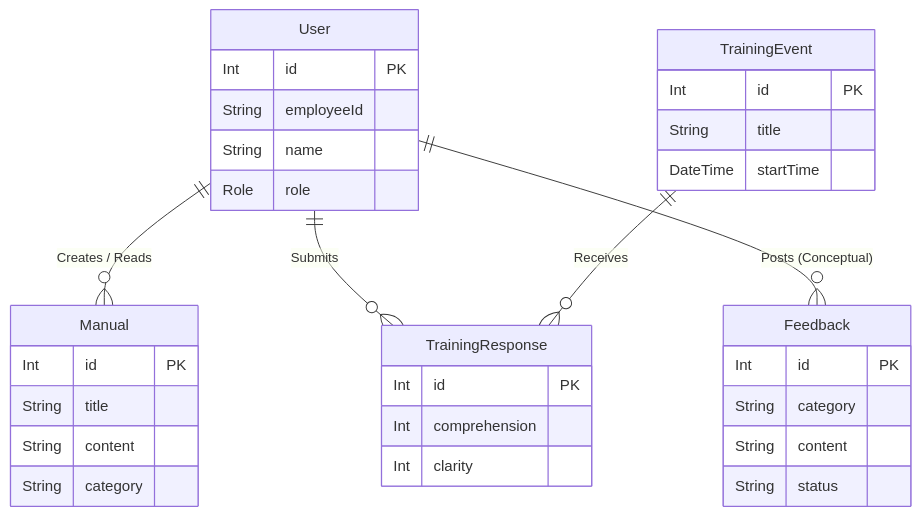
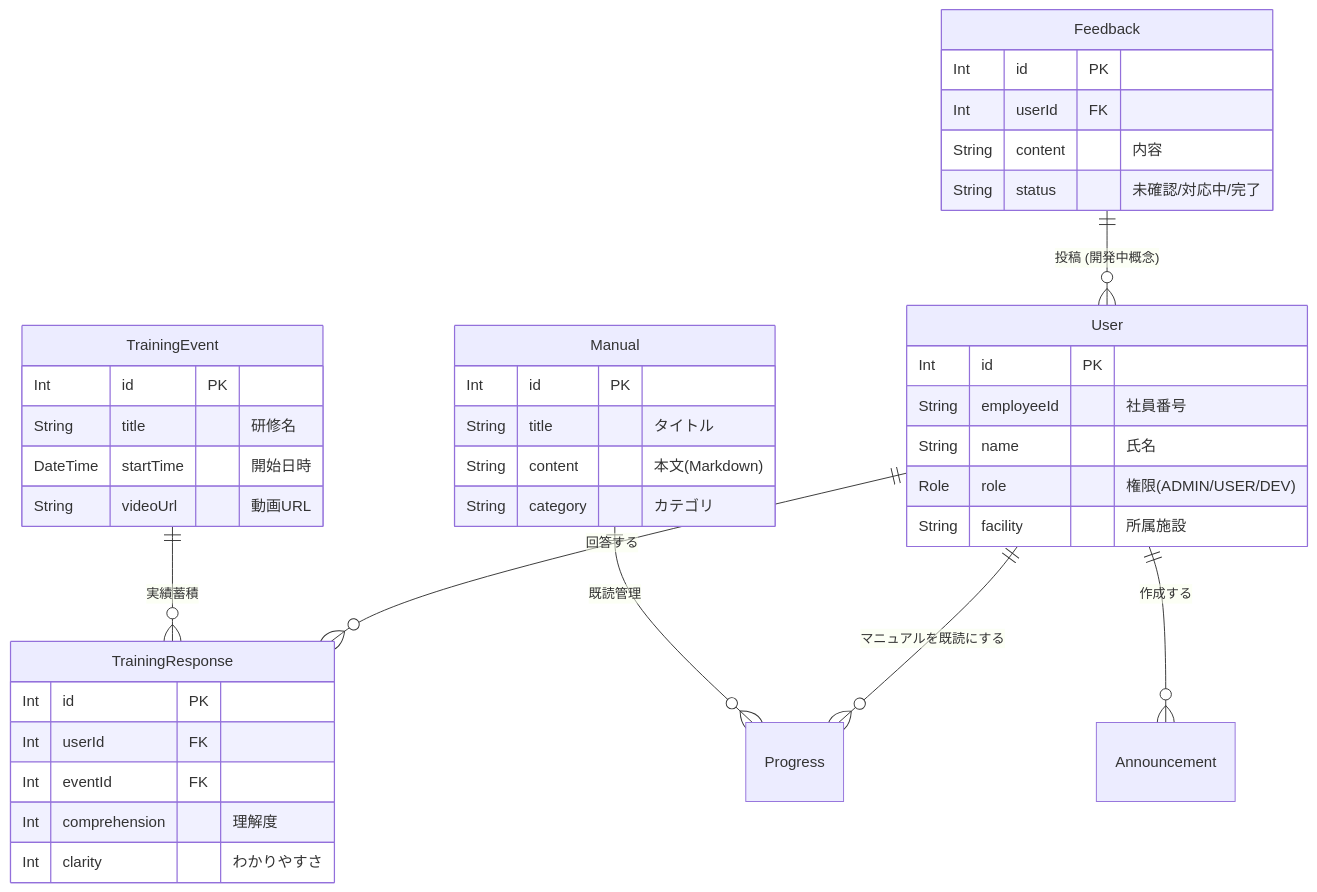
The second of 2 diagrams in README.md (YukihitoTomojiri/medical-wiki-serverless), drawn with Mermaid before and after one commit. The commit also changed other lines of this file, not shown here.

Commit message:
docs: hybrid README refresh with user/dev sections and mermaid diagrams

````diff
--- a/README.md
+++ b/README.md
@@ -61,36 +74,49 @@
 ```mermaid
 erDiagram
-    User ||--o{ Manual : "Creates / Reads"
-    User ||--o{ TrainingResponse : "Submits"
-    User ||--o{ Feedback : "Posts (Conceptual)"
+    User ||--o{ TrainingResponse : "回答する"
+    User ||--o{ Progress : "マニュアルを既読にする"
+    User ||--o{ Announcement : "作成する"
+    
+    Manual ||--o{ Progress : "既読管理"
+    
+    TrainingEvent ||--o{ TrainingResponse : "実績蓄積"
+    
+    Feedback ||--o{ User : "投稿 (開発中概念)"
+    
+    User {
+        Int id PK
+        String employeeId "社員番号"
+        String name "氏名"
+        Role role "権限(ADMIN/USER/DEV)"
+        String facility "所属施設"
+    }
     
     Manual {
         Int id PK
-        String title
-        String content
-        String category
+        String title "タイトル"
+        String content "本文(Markdown)"
+        String category "カテゴリ"
     }
-    TrainingEvent ||--o{ TrainingResponse : "Receives"
+    
     TrainingEvent {
         Int id PK
-        String title
-        DateTime startTime
+        String title "研修名"
+        DateTime startTime "開始日時"
+        String videoUrl "動画URL"
     }
+
     TrainingResponse {
         Int id PK
-        Int comprehension
-        Int clarity
+        Int userId FK
+        Int eventId FK
+        Int comprehension "理解度"
+        Int clarity "わかりやすさ"
     }
+    
     Feedback {
         Int id PK
-        String category
-        String content
-        String status
-    }
-    User {
-        Int id PK
-        String employeeId
-        String name
-        Role role
+        Int userId FK
+        String content "内容"
+        String status "未確認/対応中/完了"
     }
 ```
````
